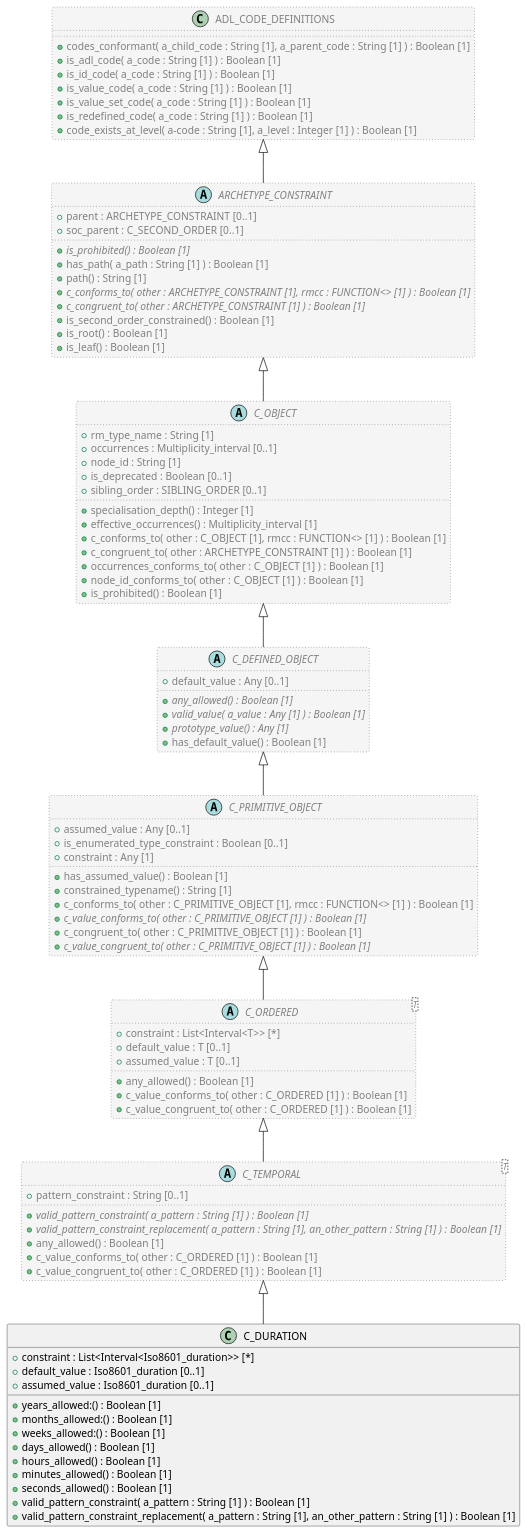
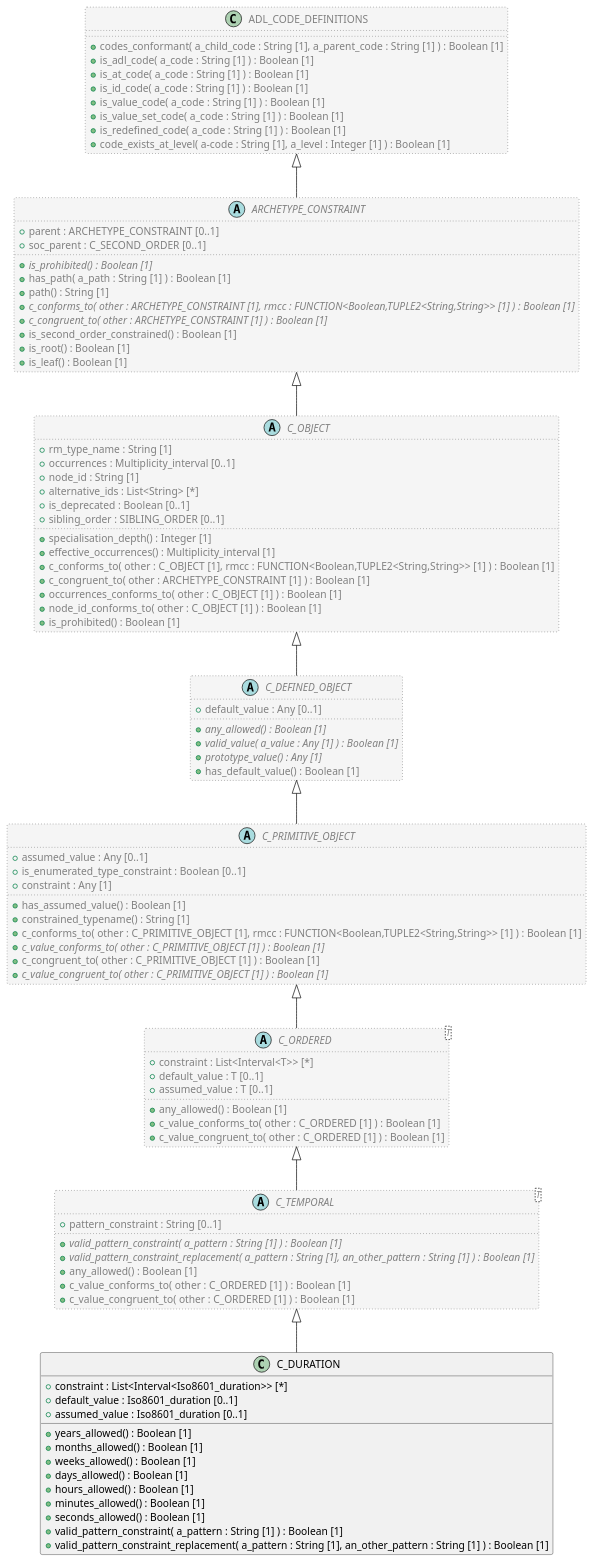
The diagram in code/Adoc/openehr_am_2.4.0/plantUML/classes/aom2.c_duration.adoc (sebastian-iancu/code-generator), drawn with PlantUML before and after one commit. The commit also changed 299 other files, not shown here.

```diff
--- a/code/Adoc/openehr_am_2.4.0/plantUML/classes/aom2.c_duration.adoc
+++ b/code/Adoc/openehr_am_2.4.0/plantUML/classes/aom2.c_duration.adoc
@@ -6,9 +6,9 @@
   + constraint : List<Interval<Iso8601_duration>> [*]
   + default_value : Iso8601_duration [0..1]
   + assumed_value : Iso8601_duration [0..1]
-  + years_allowed:() : Boolean [1]
-  + months_allowed:() : Boolean [1]
-  + weeks_allowed:() : Boolean [1]
+  + years_allowed() : Boolean [1]
+  + months_allowed() : Boolean [1]
+  + weeks_allowed() : Boolean [1]
   + days_allowed() : Boolean [1]
   + hours_allowed() : Boolean [1]
   + minutes_allowed() : Boolean [1]
@@ -41,7 +41,7 @@
   + constraint : Any [1]
   + has_assumed_value() : Boolean [1]
   + constrained_typename() : String [1]
-  + c_conforms_to( other : C_PRIMITIVE_OBJECT [1], rmcc : FUNCTION<> [1] ) : Boolean [1]
+  + c_conforms_to( other : C_PRIMITIVE_OBJECT [1], rmcc : FUNCTION<Boolean,TUPLE2<String,String>> [1] ) : Boolean [1]
   + {abstract} c_value_conforms_to( other : C_PRIMITIVE_OBJECT [1] ) : Boolean [1]
   + c_congruent_to( other : C_PRIMITIVE_OBJECT [1] ) : Boolean [1]
   + {abstract} c_value_congruent_to( other : C_PRIMITIVE_OBJECT [1] ) : Boolean [1]
@@ -59,11 +59,12 @@
   + rm_type_name : String [1]
   + occurrences : Multiplicity_interval [0..1]
   + node_id : String [1]
+  + alternative_ids : List<String> [*]
   + is_deprecated : Boolean [0..1]
   + sibling_order : SIBLING_ORDER [0..1]
   + specialisation_depth() : Integer [1]
   + effective_occurrences() : Multiplicity_interval [1]
-  + c_conforms_to( other : C_OBJECT [1], rmcc : FUNCTION<> [1] ) : Boolean [1]
+  + c_conforms_to( other : C_OBJECT [1], rmcc : FUNCTION<Boolean,TUPLE2<String,String>> [1] ) : Boolean [1]
   + c_congruent_to( other : ARCHETYPE_CONSTRAINT [1] ) : Boolean [1]
   + occurrences_conforms_to( other : C_OBJECT [1] ) : Boolean [1]
   + node_id_conforms_to( other : C_OBJECT [1] ) : Boolean [1]
@@ -76,7 +77,7 @@
   + {abstract} is_prohibited() : Boolean [1]
   + has_path( a_path : String [1] ) : Boolean [1]
   + path() : String [1]
-  + {abstract} c_conforms_to( other : ARCHETYPE_CONSTRAINT [1], rmcc : FUNCTION<> [1] ) : Boolean [1]
+  + {abstract} c_conforms_to( other : ARCHETYPE_CONSTRAINT [1], rmcc : FUNCTION<Boolean,TUPLE2<String,String>> [1] ) : Boolean [1]
   + {abstract} c_congruent_to( other : ARCHETYPE_CONSTRAINT [1] ) : Boolean [1]
   + is_second_order_constrained() : Boolean [1]
   + is_root() : Boolean [1]
@@ -86,6 +87,7 @@
 class ADL_CODE_DEFINITIONS  #whitesmoke;line:gray;line.dotted;text:gray {
   + codes_conformant( a_child_code : String [1], a_parent_code : String [1] ) : Boolean [1]
   + is_adl_code( a_code : String [1] ) : Boolean [1]
+  + is_at_code( a_code : String [1] ) : Boolean [1]
   + is_id_code( a_code : String [1] ) : Boolean [1]
   + is_value_code( a_code : String [1] ) : Boolean [1]
   + is_value_set_code( a_code : String [1] ) : Boolean [1]
```
